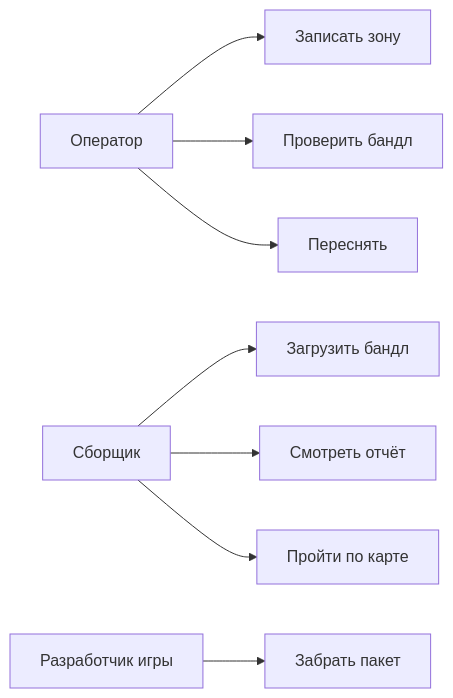
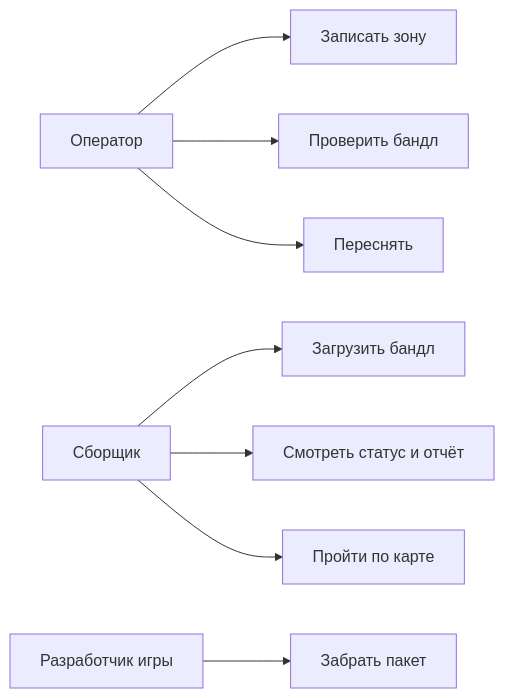
Before and after one commit to KalashnikovKV/nvc-business-analysis: the diagram in 03-personas-scenarios-usecases.md, drawn with Mermaid. The commit also changed other lines of this file and 21 other files, not shown here.

````diff
--- a/03-personas-scenarios-usecases.md
+++ b/03-personas-scenarios-usecases.md
@@ -69,10 +92,10 @@
 ```mermaid
 flowchart LR
   Op[Оператор] --> UC1[Записать зону]
   Op --> UC2[Проверить бандл]
   Op --> UC3[Переснять]
   Coll[Сборщик] --> UC4[Загрузить бандл]
-  Coll --> UC5[Смотреть отчёт]
+  Coll --> UC5[Смотреть статус и отчёт]
   Coll --> UC6[Пройти по карте]
   Dev[Разработчик игры] --> UC7[Забрать пакет]
 ```
````
